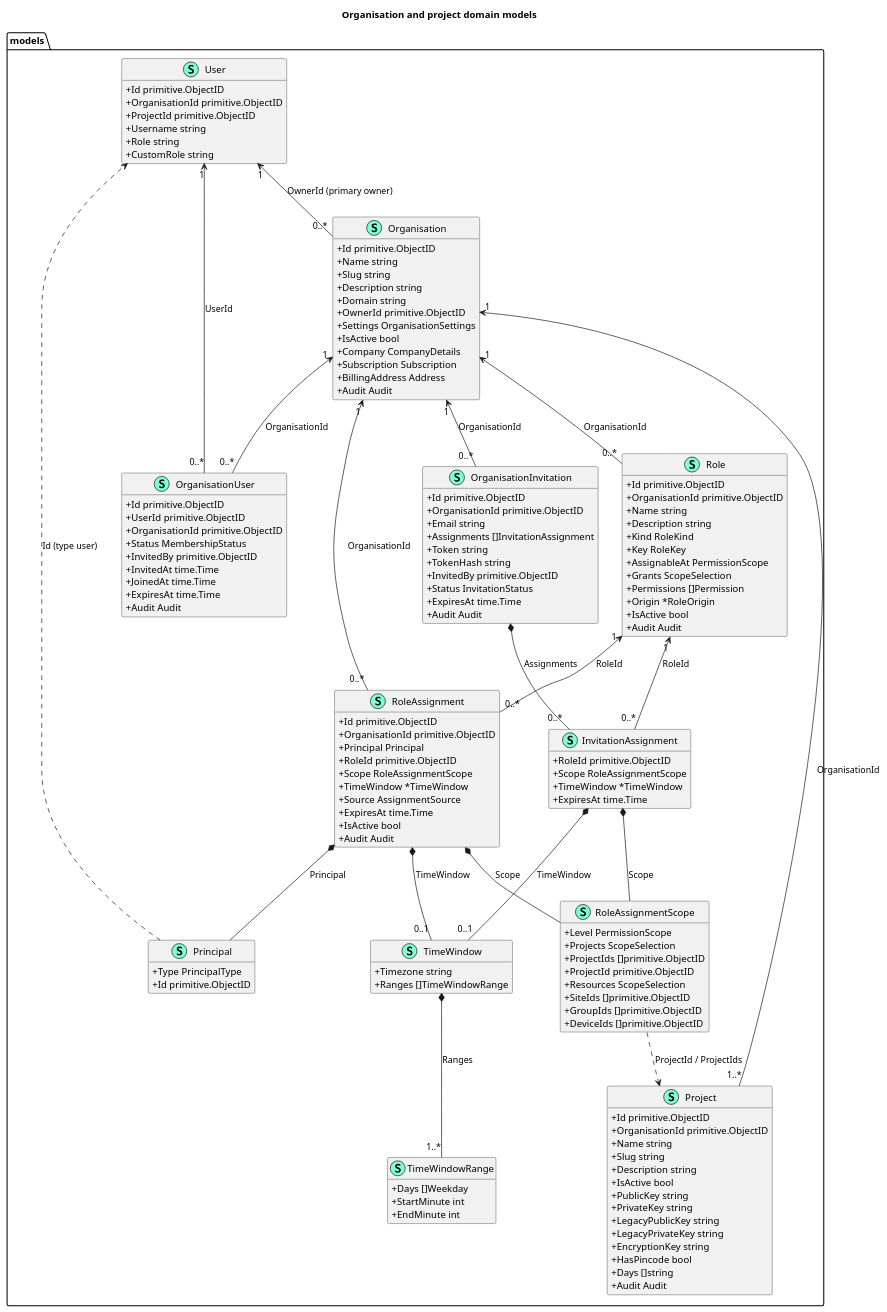
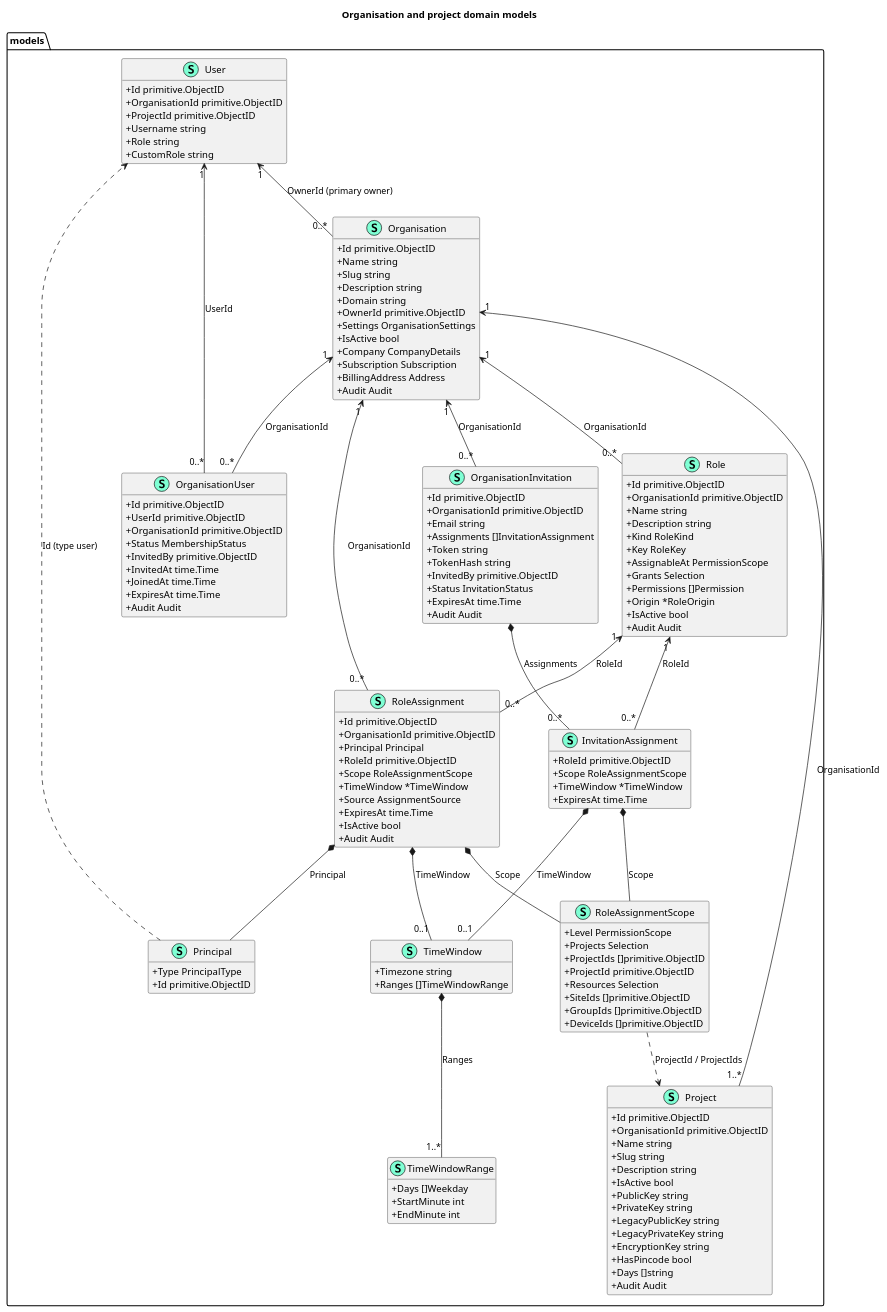
Before and after one commit to uug-ai/learn: the diagram in app/content/docs/hub/organisations/organisation-project.puml, drawn with PlantUML. The commit also changed 1 other file, not shown here.

Commit message:
docs: rename ScopeSelection to Selection in the model diagram

```diff
--- a/app/content/docs/hub/organisations/organisation-project.puml
+++ b/app/content/docs/hub/organisations/organisation-project.puml
@@ -1,177 +1,177 @@
 @startuml
 title Organisation and project domain models
 top to bottom direction
 skinparam classAttributeIconSize 0
 skinparam shadowing false
 hide methods
 namespace models {
     class "User" << (S,Aquamarine) >> {
         + Id primitive.ObjectID
         + OrganisationId primitive.ObjectID
         + ProjectId primitive.ObjectID
         + Username string
         + Role string
         + CustomRole string
 
         + WithTimezone()
 
     }
     class "Organisation" << (S,Aquamarine) >> {
         + Id primitive.ObjectID
         + Name string
         + Slug string
         + Description string
         + Domain string
         + OwnerId primitive.ObjectID
         + Settings OrganisationSettings
         + IsActive bool
         + Company CompanyDetails
         + Subscription Subscription
         + BillingAddress Address
         + Audit Audit
 
         + IsPrimaryOwner(userId primitive.ObjectID) bool
 
     }
     class "Project" << (S,Aquamarine) >> {
         + Id primitive.ObjectID
         + OrganisationId primitive.ObjectID
         + Name string
         + Slug string
         + Description string
         + IsActive bool
         + PublicKey string
         + PrivateKey string
         + LegacyPublicKey string
         + LegacyPrivateKey string
         + EncryptionKey string
         + HasPincode bool
         + Days []string
         + Audit Audit
 
     }
     class "OrganisationUser" << (S,Aquamarine) >> {
         + Id primitive.ObjectID
         + UserId primitive.ObjectID
         + OrganisationId primitive.ObjectID
         + Status MembershipStatus
         + InvitedBy primitive.ObjectID
         + InvitedAt time.Time
         + JoinedAt time.Time
         + ExpiresAt time.Time
         + Audit Audit
 
         + IsExpired() bool
         + IsEffectivelyActive() bool
 
     }
     class "Role" << (S,Aquamarine) >> {
         + Id primitive.ObjectID
         + OrganisationId primitive.ObjectID
         + Name string
         + Description string
         + Kind RoleKind
         + Key RoleKey
         + AssignableAt PermissionScope
-        + Grants ScopeSelection
+        + Grants Selection
         + Permissions []Permission
         + Origin *RoleOrigin
         + IsActive bool
         + Audit Audit
 
         + ValidatePermissions() error
         + Validate() error
         + RequiresAllProjects() bool
 
     }
     class "RoleAssignment" << (S,Aquamarine) >> {
         + Id primitive.ObjectID
         + OrganisationId primitive.ObjectID
         + Principal Principal
         + RoleId primitive.ObjectID
         + Scope RoleAssignmentScope
         + TimeWindow *TimeWindow
         + Source AssignmentSource
         + ExpiresAt time.Time
         + IsActive bool
         + Audit Audit
 
         + IsExpired() bool
         + IsEffectivelyActive() bool
         + Validate(role Role) error
 
     }
     class "Principal" << (S,Aquamarine) >> {
         + Type PrincipalType
         + Id primitive.ObjectID
 
     }
     class "RoleAssignmentScope" << (S,Aquamarine) >> {
         + Level PermissionScope
-        + Projects ScopeSelection
+        + Projects Selection
         + ProjectIds []primitive.ObjectID
         + ProjectId primitive.ObjectID
-        + Resources ScopeSelection
+        + Resources Selection
         + SiteIds []primitive.ObjectID
         + GroupIds []primitive.ObjectID
         + DeviceIds []primitive.ObjectID
 
         + Validate() error
         + ValidateFor(role Role) error
 
     }
     class "TimeWindow" << (S,Aquamarine) >> {
         + Timezone string
         + Ranges []TimeWindowRange
 
         + Validate() error
         + Allows(at time.Time) (bool, error)
 
     }
     class "TimeWindowRange" << (S,Aquamarine) >> {
         + Days []Weekday
         + StartMinute int
         + EndMinute int
 
     }
     class "OrganisationInvitation" << (S,Aquamarine) >> {
         + Id primitive.ObjectID
         + OrganisationId primitive.ObjectID
         + Email string
         + Assignments []InvitationAssignment
         + Token string
         + TokenHash string
         + InvitedBy primitive.ObjectID
         + Status InvitationStatus
         + ExpiresAt time.Time
         + Audit Audit
 
     }
     class "InvitationAssignment" << (S,Aquamarine) >> {
         + RoleId primitive.ObjectID
         + Scope RoleAssignmentScope
         + TimeWindow *TimeWindow
         + ExpiresAt time.Time
 
     }
 }
 ' Relationships below are explicit domain references, not inferred by GoPlantUML.
 models.User "1" <-- "0..*" models.Organisation : OwnerId (primary owner)
 models.Organisation "1" <-- "1..*" models.Project : OrganisationId
 models.User "1" <-- "0..*" models.OrganisationUser : UserId
 models.Organisation "1" <-- "0..*" models.OrganisationUser : OrganisationId
 models.Organisation "1" <-- "0..*" models.Role : OrganisationId
 models.Organisation "1" <-- "0..*" models.RoleAssignment : OrganisationId
 models.Role "1" <-- "0..*" models.RoleAssignment : RoleId
 models.RoleAssignment *-- models.Principal : Principal
 models.Principal ..> models.User : Id (type user)
 models.RoleAssignment *-- models.RoleAssignmentScope : Scope
 models.RoleAssignment *-- "0..1" models.TimeWindow : TimeWindow
 models.TimeWindow *-- "1..*" models.TimeWindowRange : Ranges
 models.Organisation "1" <-- "0..*" models.OrganisationInvitation : OrganisationId
 models.OrganisationInvitation *-- "0..*" models.InvitationAssignment : Assignments
 models.Role "1" <-- "0..*" models.InvitationAssignment : RoleId
 models.InvitationAssignment *-- models.RoleAssignmentScope : Scope
 models.InvitationAssignment *-- "0..1" models.TimeWindow : TimeWindow
 models.RoleAssignmentScope ..> models.Project : ProjectId / ProjectIds
 @enduml
```
